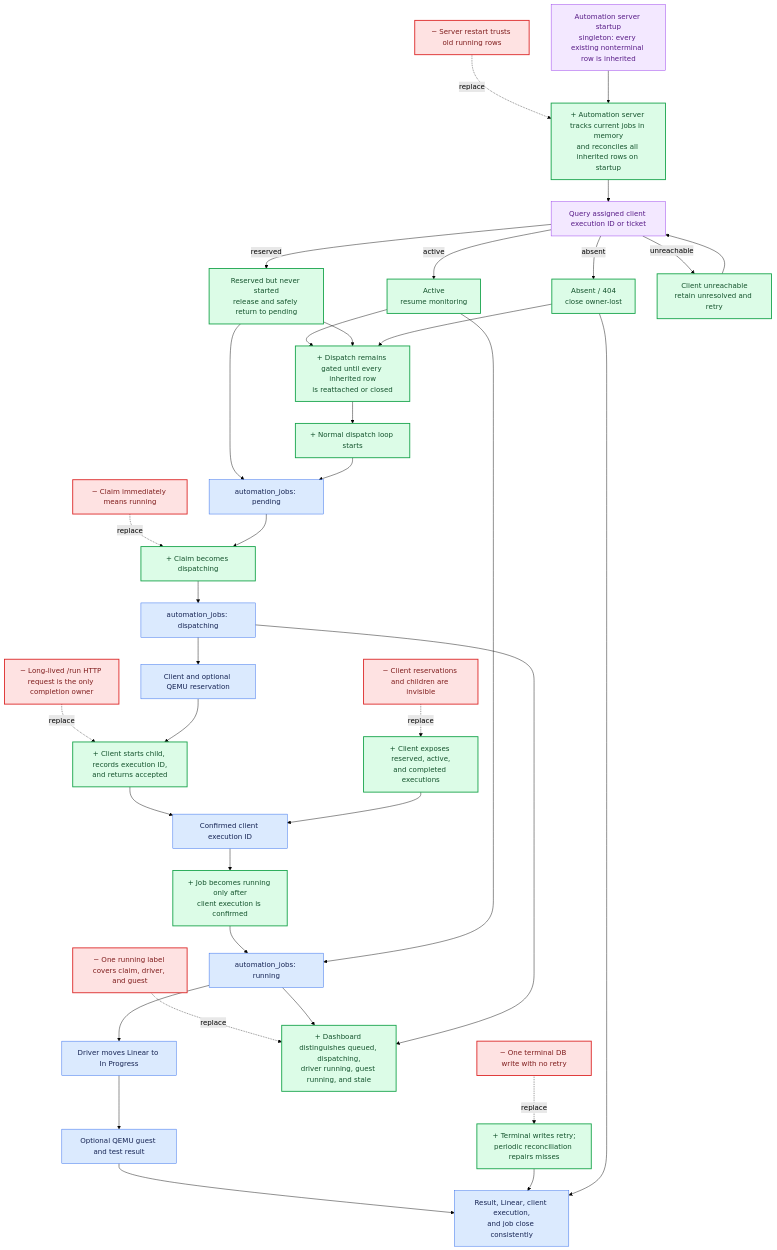
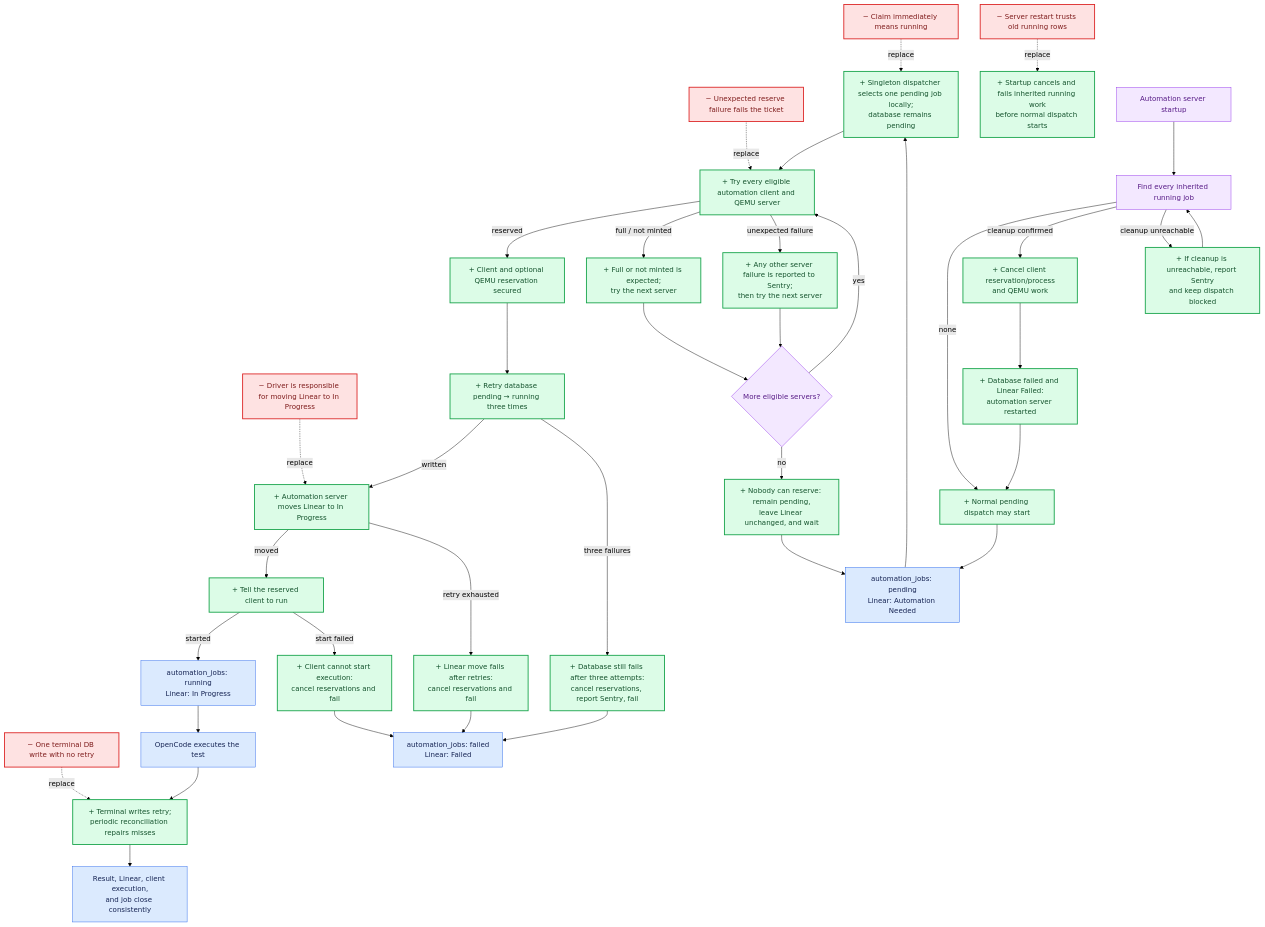
Before and after one commit to ThePrimeagen/Oligarchy: the second of 2 diagrams in MUST_FIX.MD, drawn with Mermaid (forest theme). The commit also changed other lines of this file, not shown here.

Commit message:
Keep placement failures pending

````diff
--- a/MUST_FIX.MD
+++ b/MUST_FIX.MD
@@ -77,64 +77,66 @@
 ```mermaid
 flowchart TB
   classDef removed fill:#fee2e2,stroke:#dc2626,color:#7f1d1d,stroke-width:2px
   classDef added fill:#dcfce7,stroke:#16a34a,color:#14532d,stroke-width:2px
   classDef kept fill:#dbeafe,stroke:#2563eb,color:#172554
   classDef decision fill:#f3e8ff,stroke:#9333ea,color:#581c87
 
   R1["− Claim immediately means running"]:::removed
-  R2["− Long-lived /run HTTP request is the only completion owner"]:::removed
-  R3["− Server restart trusts old running rows"]:::removed
-  R4["− Client reservations and children are invisible"]:::removed
+  R2["− Unexpected reserve failure fails the ticket"]:::removed
+  R3["− Driver is responsible for moving Linear to In Progress"]:::removed
+  R4["− Server restart trusts old running rows"]:::removed
   R5["− One terminal DB write with no retry"]:::removed
-  R6["− One running label covers claim, driver, and guest"]:::removed
 
-  N1["+ Claim becomes dispatching"]:::added
-  N2["+ Client starts child, records execution ID,<br/>and returns accepted"]:::added
-  N3["+ Client exposes reserved, active,<br/>and completed executions"]:::added
-  N4["+ Job becomes running only after<br/>client execution is confirmed"]:::added
-  N5["+ Automation server tracks current jobs in memory<br/>and reconciles all inherited rows on startup"]:::added
-  N6["+ Terminal writes retry;<br/>periodic reconciliation repairs misses"]:::added
-  N7["+ Dashboard distinguishes queued, dispatching,<br/>driver running, guest running, and stale"]:::added
-  N8["+ Dispatch remains gated until every inherited row<br/>is reattached or closed"]:::added
-  N9["+ Normal dispatch loop starts"]:::added
+  N1["+ Singleton dispatcher selects one pending job locally;<br/>database remains pending"]:::added
+  N2["+ Try every eligible automation client and QEMU server"]:::added
+  N3["+ Full or not minted is expected;<br/>try the next server"]:::added
+  N4["+ Any other server failure is reported to Sentry;<br/>then try the next server"]:::added
+  N5["+ Nobody can reserve: remain pending,<br/>leave Linear unchanged, and wait"]:::added
+  N6["+ Client and optional QEMU reservation secured"]:::added
+  N7["+ Retry database pending → running three times"]:::added
+  N8["+ Automation server moves Linear to In Progress"]:::added
+  N9["+ Tell the reserved client to run"]:::added
+  N10["+ Startup cancels and fails inherited running work<br/>before normal dispatch starts"]:::added
+  N11["+ Terminal writes retry;<br/>periodic reconciliation repairs misses"]:::added
 
   R1 -. "replace" .-> N1
   R2 -. "replace" .-> N2
-  R4 -. "replace" .-> N3
-  R3 -. "replace" .-> N5
-  R5 -. "replace" .-> N6
-  R6 -. "replace" .-> N7
+  R3 -. "replace" .-> N8
+  R4 -. "replace" .-> N10
+  R5 -. "replace" .-> N11
 
-  P["automation_jobs: pending"]:::kept
-  D["automation_jobs: dispatching"]:::kept
-  RES["Client and optional QEMU reservation"]:::kept
-  EX["Confirmed client execution ID"]:::kept
-  RUN["automation_jobs: running"]:::kept
-  LIN["Driver moves Linear to In Progress"]:::kept
-  GUEST["Optional QEMU guest and test result"]:::kept
+  P["automation_jobs: pending<br/>Linear: Automation Needed"]:::kept
+  MORE{"More eligible servers?"}:::decision
+  RUN["automation_jobs: running<br/>Linear: In Progress"]:::kept
+  EXEC["OpenCode executes the test"]:::kept
   DONE["Result, Linear, client execution,<br/>and job close consistently"]:::kept
+  FAIL["automation_jobs: failed<br/>Linear: Failed"]:::kept
+  DBFAIL["+ Database still fails after three attempts:<br/>cancel reservations, report Sentry, fail"]:::added
+  LINEARFAIL["+ Linear move fails after retries:<br/>cancel reservations and fail"]:::added
+  RUNFAIL["+ Client cannot start execution:<br/>cancel reservations and fail"]:::added
 
-  P --> N1 --> D --> RES --> N2 --> EX --> N4 --> RUN --> LIN --> GUEST --> DONE
-  N3 --> EX
-  N6 --> DONE
-  RUN --> N7
-  D --> N7
+  P --> N1 --> N2
+  N2 -->|"reserved"| N6 --> N7
+  N2 -->|"full / not minted"| N3 --> MORE
+  N2 -->|"unexpected failure"| N4 --> MORE
+  MORE -->|"yes"| N2
+  MORE -->|"no"| N5 --> P
+  N7 -->|"written"| N8
+  N7 -->|"three failures"| DBFAIL --> FAIL
+  N8 -->|"moved"| N9
+  N8 -->|"retry exhausted"| LINEARFAIL --> FAIL
+  N9 -->|"started"| RUN --> EXEC --> N11 --> DONE
+  N9 -->|"start failed"| RUNFAIL --> FAIL
 
-  START["Automation server startup<br/>singleton: every existing nonterminal row is inherited"]:::decision
-  QUERY["Query assigned client execution ID or ticket"]:::decision
-  ACTIVE["Active<br/>resume monitoring"]:::added
-  RESERVED["Reserved but never started<br/>release and safely return to pending"]:::added
-  ABSENT["Absent / 404<br/>close owner-lost"]:::added
-  UNREACHABLE["Client unreachable<br/>retain unresolved and retry"]:::added
+  START["Automation server startup"]:::decision
+  INHERITED["Find every inherited running job"]:::decision
+  CANCEL["+ Cancel client reservation/process<br/>and QEMU work"]:::added
+  INHERITEDFAIL["+ Database failed and Linear Failed:<br/>automation server restarted"]:::added
+  BLOCK["+ If cleanup is unreachable, report Sentry<br/>and keep dispatch blocked"]:::added
+  NORMAL["+ Normal pending dispatch may start"]:::added
 
-  START --> N5 --> QUERY
-  QUERY -->|"active"| ACTIVE --> RUN
-  QUERY -->|"reserved"| RESERVED --> P
-  QUERY -->|"absent"| ABSENT --> DONE
-  QUERY -->|"unreachable"| UNREACHABLE --> QUERY
-  ACTIVE --> N8
-  RESERVED --> N8
-  ABSENT --> N8
-  N8 --> N9
-  N9 --> P
+  START --> INHERITED
+  INHERITED -->|"none"| NORMAL
+  INHERITED -->|"cleanup confirmed"| CANCEL --> INHERITEDFAIL --> NORMAL --> P
+  INHERITED -->|"cleanup unreachable"| BLOCK --> INHERITED
 ```
````
